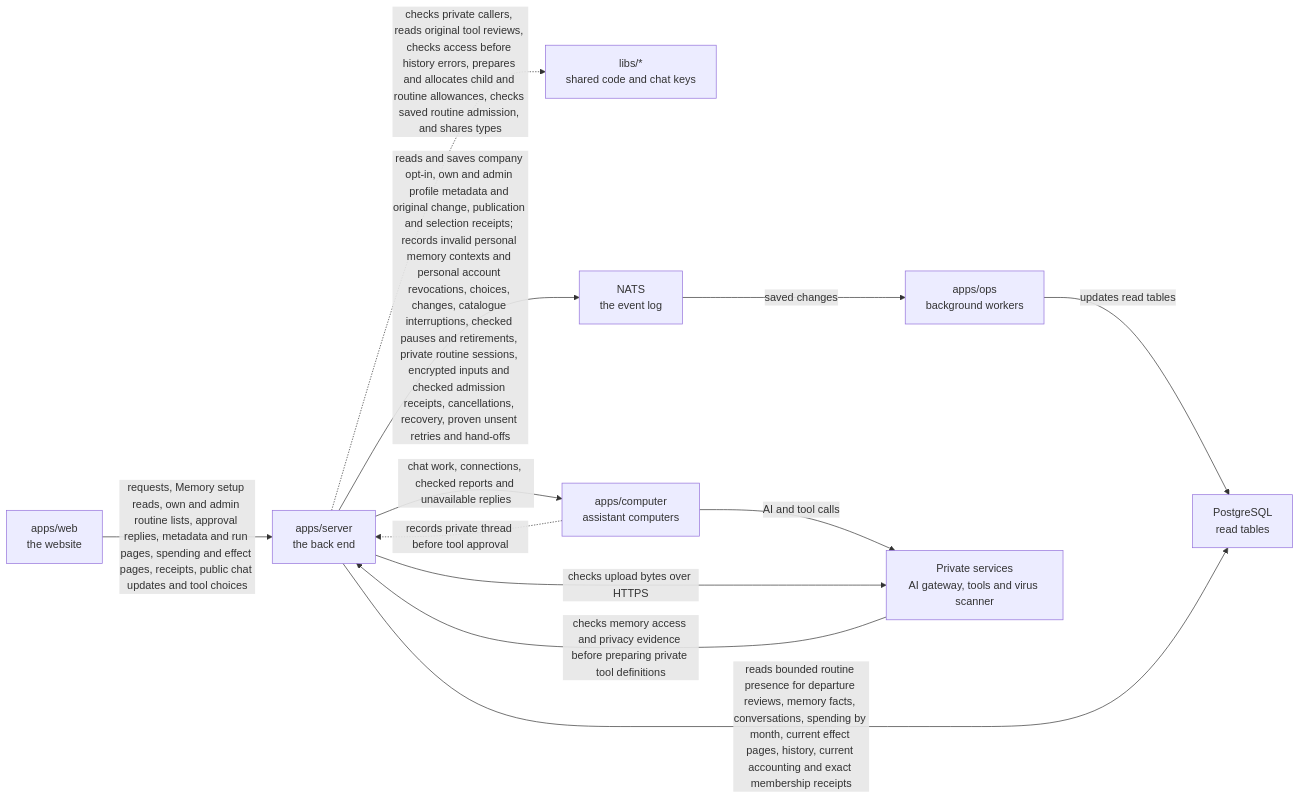
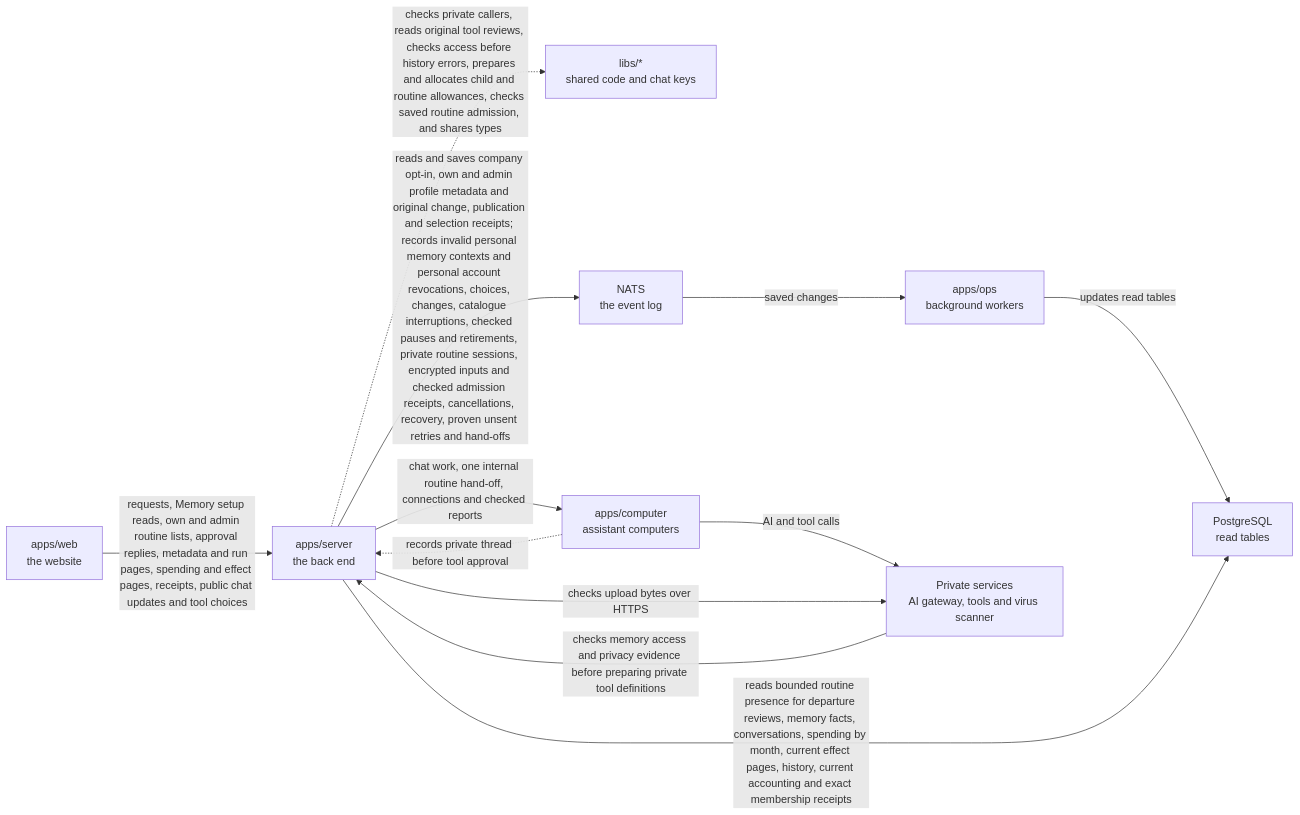
One commit to elewa-git/opencrane-new changed the diagram in apps/server/README.md. Above: the diagram before and after it, drawn with Mermaid. The commit also changed other lines of this file and 19 other files, not shown here.

First line of the commit message:
⏱️ An admitted routine is handed to its computer once, re-checked after the start is saved, and unaffected by unrelated activity (#775)

````diff
--- a/apps/server/README.md
+++ b/apps/server/README.md
@@ -100,14 +105,14 @@
 ```mermaid
 flowchart LR
   web["apps/web<br/>the website"] -->|requests, Memory setup reads, own and admin routine lists, approval replies, metadata and run pages, spending and effect pages, receipts, public chat updates and tool choices| server["apps/server<br/>the back end"]
   server -.->|checks private callers, reads original tool reviews, checks access before history errors, prepares and allocates child and routine allowances, checks saved routine admission, and shares types| libs["libs/*<br/>shared code and chat keys"]
   server -->|reads and saves company opt-in, own and admin profile metadata and original change, publication and selection receipts; records invalid personal memory contexts and personal account revocations, choices, changes, catalogue interruptions, checked pauses and retirements, private routine sessions, encrypted inputs and checked admission receipts, cancellations, recovery, proven unsent retries and hand-offs| nats["NATS<br/>the event log"]
   nats -->|saved changes| ops["apps/ops<br/>background workers"]
   ops -->|updates read tables| postgres["PostgreSQL<br/>read tables"]
   server -->|reads bounded routine presence for departure reviews, memory facts, conversations, spending by month, current effect pages, history, current accounting and exact membership receipts| postgres
-  server -->|chat work, connections, checked reports and unavailable replies| computer["apps/computer<br/>assistant computers"]
+  server -->|chat work, one internal routine hand-off, connections and checked reports| computer["apps/computer<br/>assistant computers"]
   computer -.->|records private thread before tool approval| server
   computer -->|AI and tool calls| runtime["Private services<br/>AI gateway, tools and virus scanner"]
   server -->|checks upload bytes over HTTPS| runtime
   runtime -->|checks memory access and privacy evidence before preparing private tool definitions| server
 ```
````
